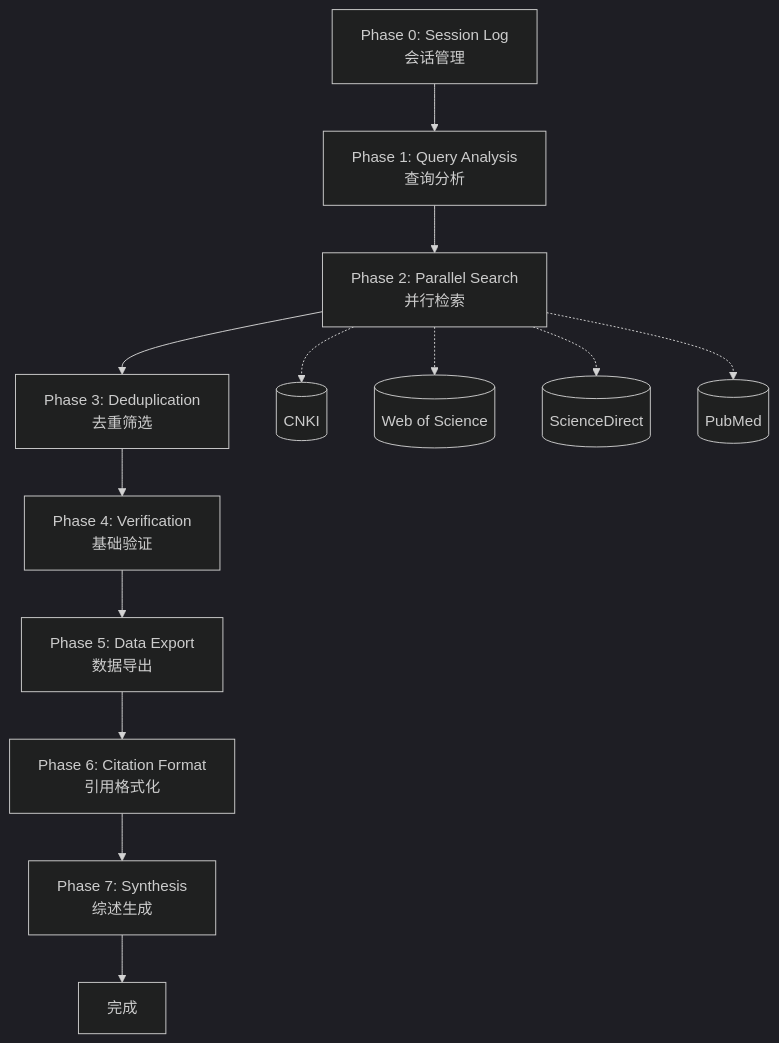
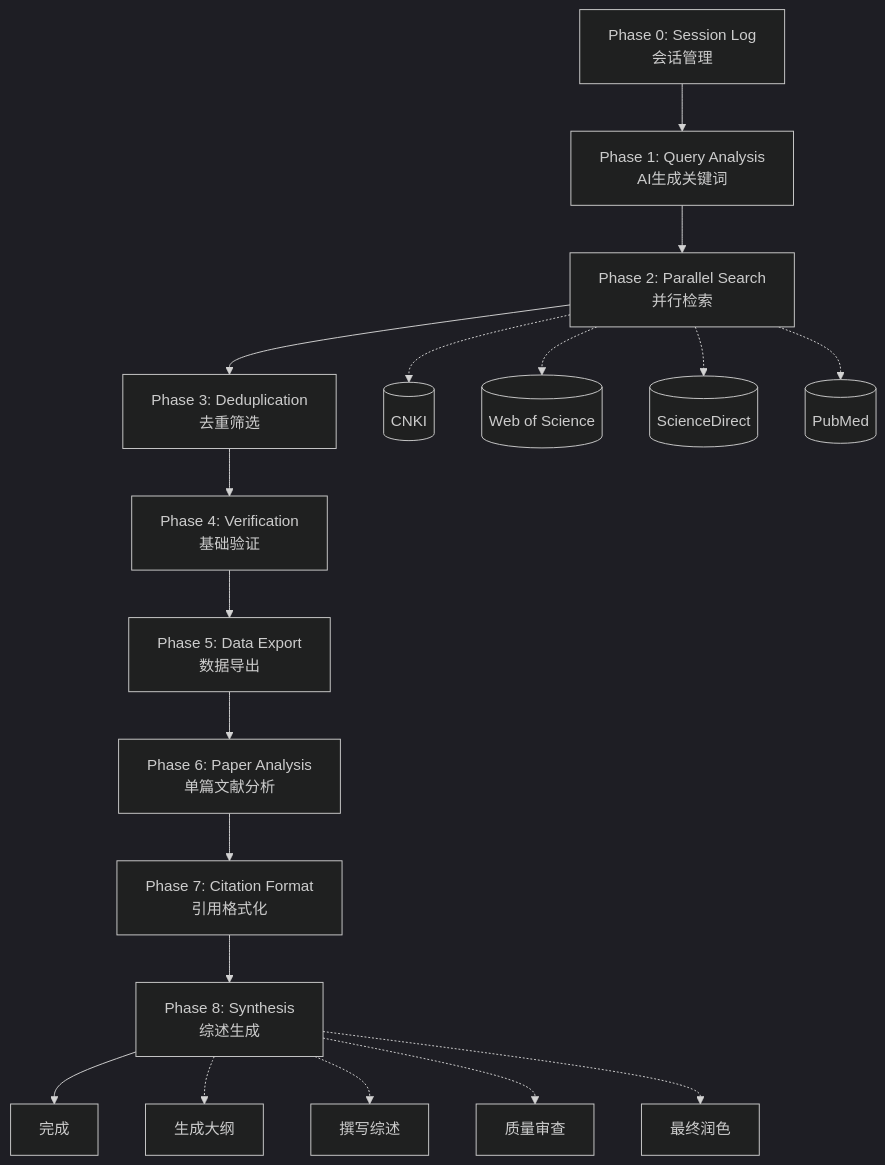
The diagram in README.md (stephenlzc/AI-Powered-Literature-Review-Skills), drawn with Mermaid (dark theme) before and after one commit. The commit also changed other lines of this file and 2 other files, not shown here.

````diff
--- a/README.md
+++ b/README.md
@@ -51,16 +52,22 @@
 ```mermaid
 flowchart TD
     P0[Phase 0: Session Log<br/>会话管理] --> P1
-    P1[Phase 1: Query Analysis<br/>查询分析] --> P2
+    P1[Phase 1: Query Analysis<br/>AI生成关键词] --> P2
     P2[Phase 2: Parallel Search<br/>并行检索] --> P3
     P3[Phase 3: Deduplication<br/>去重筛选] --> P4
     P4[Phase 4: Verification<br/>基础验证] --> P5
     P5[Phase 5: Data Export<br/>数据导出] --> P6
-    P6[Phase 6: Citation Format<br/>引用格式化] --> P7
-    P7[Phase 7: Synthesis<br/>综述生成] --> END[完成]
+    P6[Phase 6: Paper Analysis<br/>单篇文献分析] --> P7
+    P7[Phase 7: Citation Format<br/>引用格式化] --> P8
+    P8[Phase 8: Synthesis<br/>综述生成] --> END[完成]
     
     P2 -.-> CNKI[(CNKI)]
     P2 -.-> WOS[(Web of Science)]
     P2 -.-> SD[(ScienceDirect)]
     P2 -.-> PM[(PubMed)]
+    
+    P8 -.-> Outline[生成大纲]
+    P8 -.-> Writing[撰写综述]
+    P8 -.-> Review[质量审查]
+    P8 -.-> Final[最终润色]
 ```
````
